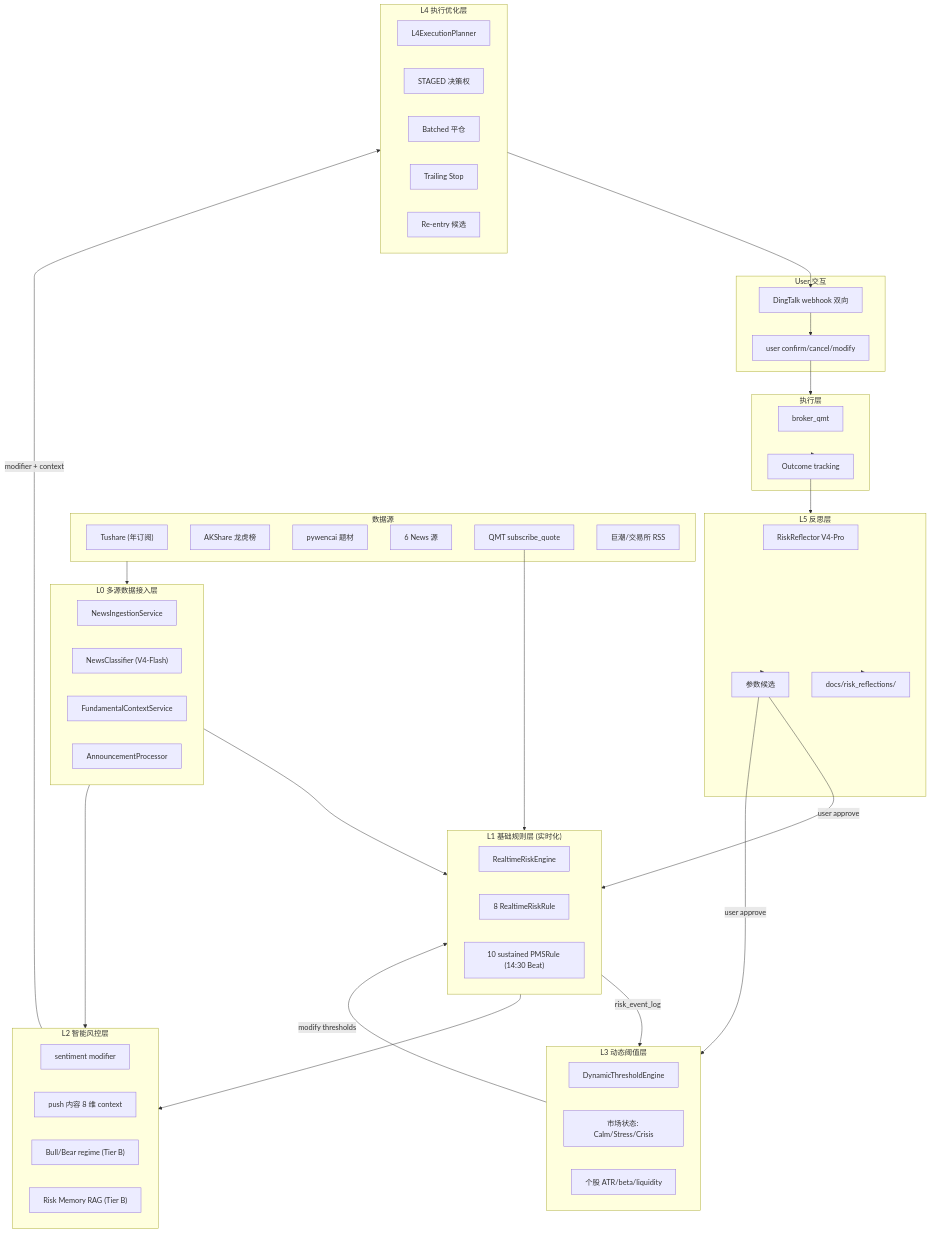
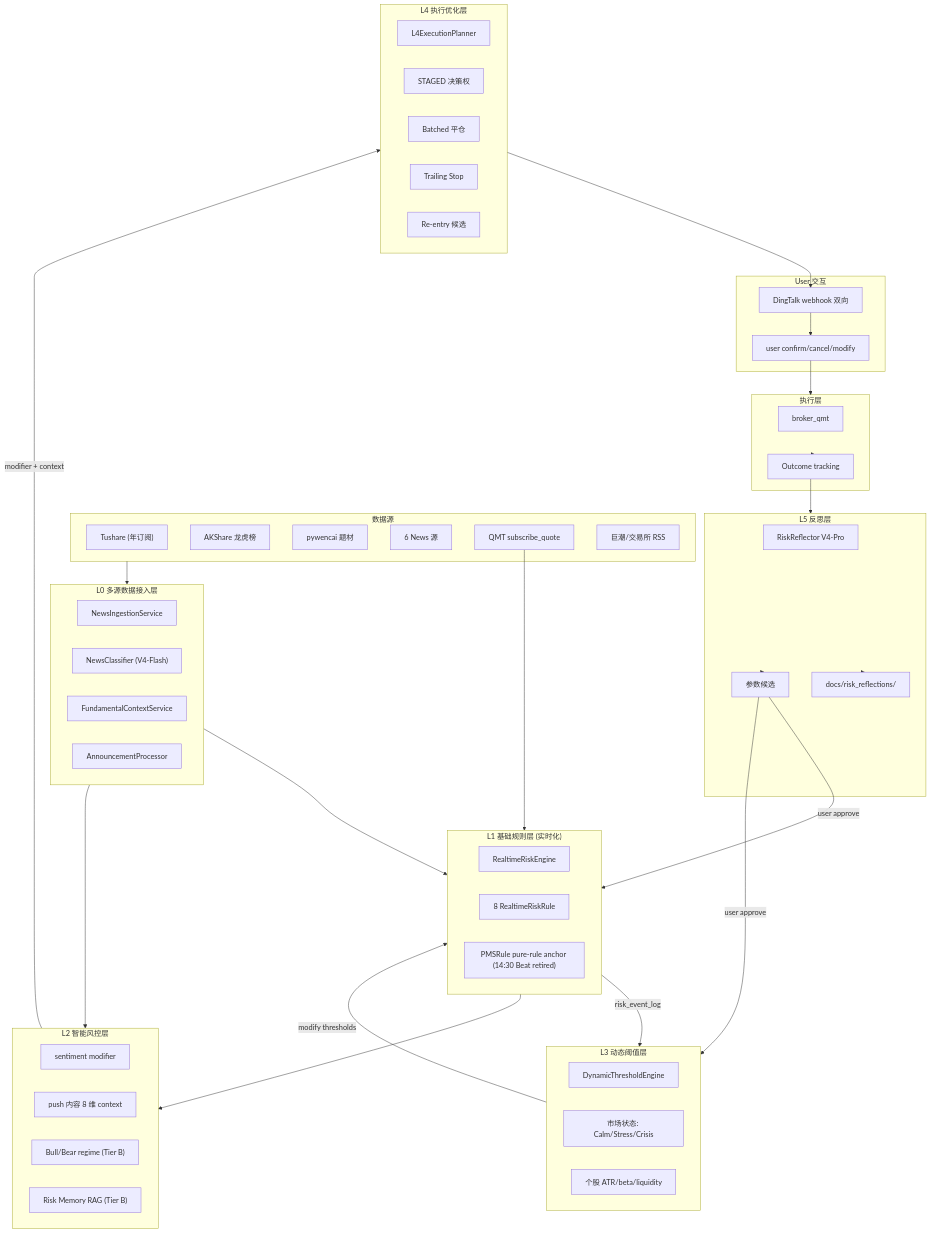
Before and after one commit to mlhjyx/quantmind-v2: the first of 2 diagrams in docs/QUANTMIND_RISK_FRAMEWORK_V3_DESIGN.md, drawn with Mermaid. The commit also changed other lines of this file and 201 other files, not shown here.

````diff
--- a/docs/QUANTMIND_RISK_FRAMEWORK_V3_DESIGN.md
+++ b/docs/QUANTMIND_RISK_FRAMEWORK_V3_DESIGN.md
@@ -156,79 +156,79 @@
 ```mermaid
 flowchart TB
     subgraph DataSources["数据源"]
         Tushare["Tushare (年订阅)"]
         AKShare["AKShare 龙虎榜"]
         Pywencai["pywencai 题材"]
         News6["6 News 源"]
         QMT["QMT subscribe_quote"]
         Announce["巨潮/交易所 RSS"]
     end
 
     subgraph L0["L0 多源数据接入层"]
         NewsIngest["NewsIngestionService"]
         Classifier["NewsClassifier (V4-Flash)"]
         FundContext["FundamentalContextService"]
         AnnounceProc["AnnouncementProcessor"]
     end
 
     subgraph L1["L1 基础规则层 (实时化)"]
         RTEngine["RealtimeRiskEngine"]
         RTRules["8 RealtimeRiskRule"]
-        DailyPMS["10 sustained PMSRule (14:30 Beat)"]
+        DailyPMS["PMSRule pure-rule anchor (14:30 Beat retired)"]
     end
 
     subgraph L3["L3 动态阈值层"]
         DTEngine["DynamicThresholdEngine"]
         MarketState["市场状态: Calm/Stress/Crisis"]
         StockState["个股 ATR/beta/liquidity"]
     end
 
     subgraph L2["L2 智能风控层"]
         Sentiment["sentiment modifier"]
         PushContext["push 内容 8 维 context"]
         RegimeEngine["Bull/Bear regime (Tier B)"]
         RAG["Risk Memory RAG (Tier B)"]
     end
 
     subgraph L4["L4 执行优化层"]
         L4Planner["L4ExecutionPlanner"]
         Staged["STAGED 决策权"]
         Batched["Batched 平仓"]
         Trailing["Trailing Stop"]
         Reentry["Re-entry 候选"]
     end
 
     subgraph User["User 交互"]
         DingTalk["DingTalk webhook 双向"]
         UserDecision["user confirm/cancel/modify"]
     end
 
     subgraph Execution["执行层"]
         BrokerQMT["broker_qmt"]
         Outcome["Outcome tracking"]
     end
 
     subgraph L5["L5 反思层"]
         Reflector["RiskReflector V4-Pro"]
         Reflections["docs/risk_reflections/"]
         ParamCandidate["参数候选"]
     end
 
     DataSources --> L0
     QMT --> L1
     L0 --> L1
     L0 --> L2
     L1 --> |"risk_event_log"| L3
     L3 --> |"modify thresholds"| L1
     L1 --> L2
     L2 --> |"modifier + context"| L4
     L4 --> DingTalk
     DingTalk --> UserDecision
     UserDecision --> Execution
     Execution --> Outcome
     Outcome --> L5
     L5 --> Reflections
     L5 --> ParamCandidate
     ParamCandidate --> |"user approve"| L1
     ParamCandidate --> |"user approve"| L3
 ```
````
